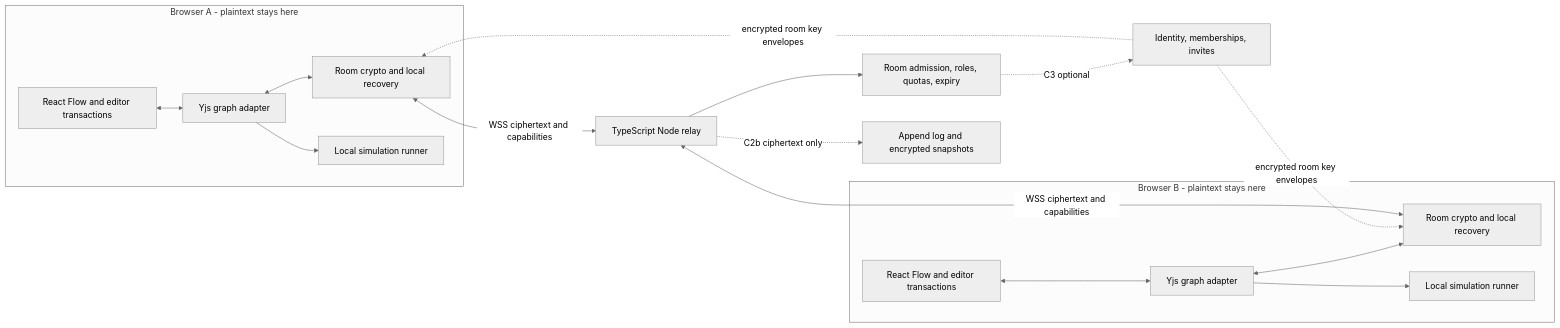
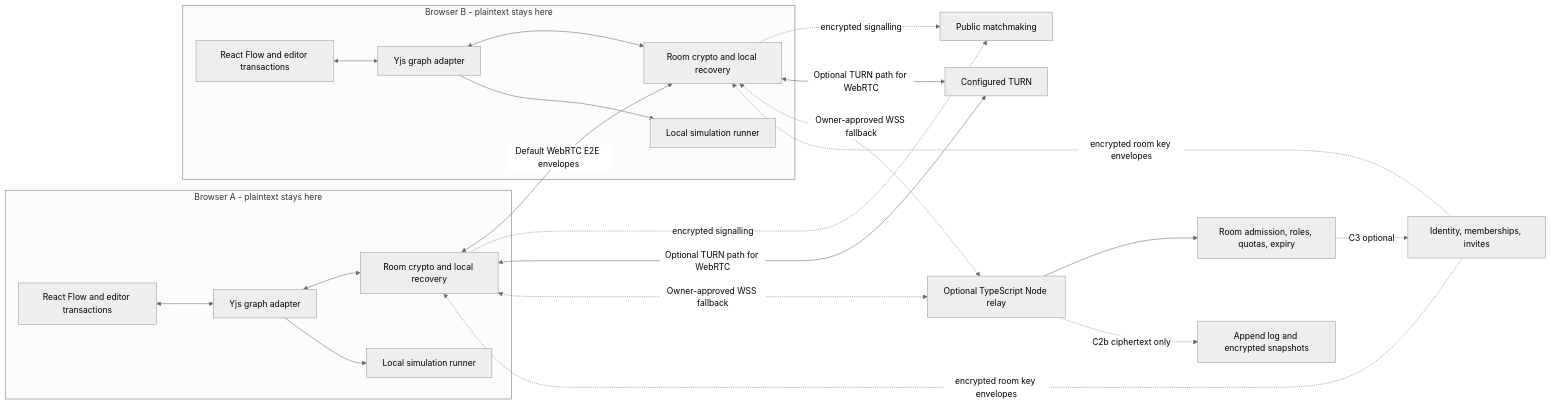
Before and after one commit to latchkostov/diagrams: the diagram in docs/research/collaboration.md, drawn with Mermaid (neutral theme). The commit also changed other lines of this file, not shown here.

Commit message:
Research serverless collaboration over public infrastructure

````diff
--- a/docs/research/collaboration.md
+++ b/docs/research/collaboration.md
@@ -203,20 +394,25 @@
 ```mermaid
 flowchart LR
   subgraph A[Browser A - plaintext stays here]
     EA[React Flow and editor transactions] <--> YA[Yjs graph adapter]
     YA <--> CA[Room crypto and local recovery]
     YA --> SA[Local simulation runner]
   end
   subgraph B[Browser B - plaintext stays here]
     EB[React Flow and editor transactions] <--> YB[Yjs graph adapter]
     YB <--> CB[Room crypto and local recovery]
     YB --> SB[Local simulation runner]
   end
-  CA <-->|WSS ciphertext and capabilities| R[TypeScript Node relay]
-  CB <-->|WSS ciphertext and capabilities| R
+  CA <-->|Default WebRTC E2E envelopes| CB
+  CA -. encrypted signalling .-> D[Public matchmaking]
+  CB -. encrypted signalling .-> D
+  CA <-->|Optional TURN path for WebRTC| T[Configured TURN]
+  CB <-->|Optional TURN path for WebRTC| T
+  CA <-. Owner-approved WSS fallback .-> R[Optional TypeScript Node relay]
+  CB <-. Owner-approved WSS fallback .-> R
   R --> M[Room admission, roles, quotas, expiry]
   R -. C2b ciphertext only .-> P[Append log and encrypted snapshots]
   M -. C3 optional .-> I[Identity, memberships, invites]
   I -. encrypted room key envelopes .-> CA
   I -. encrypted room key envelopes .-> CB
 ```
````
